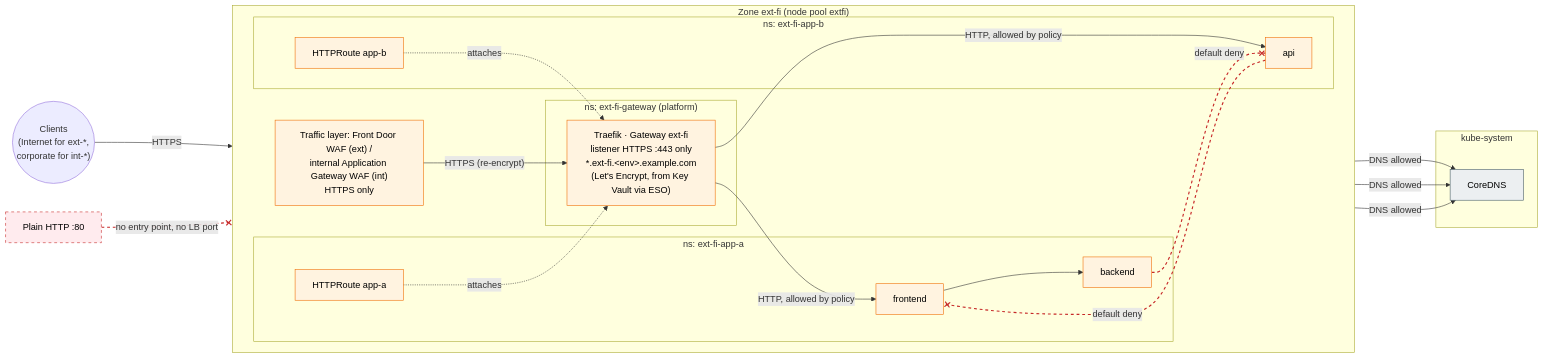
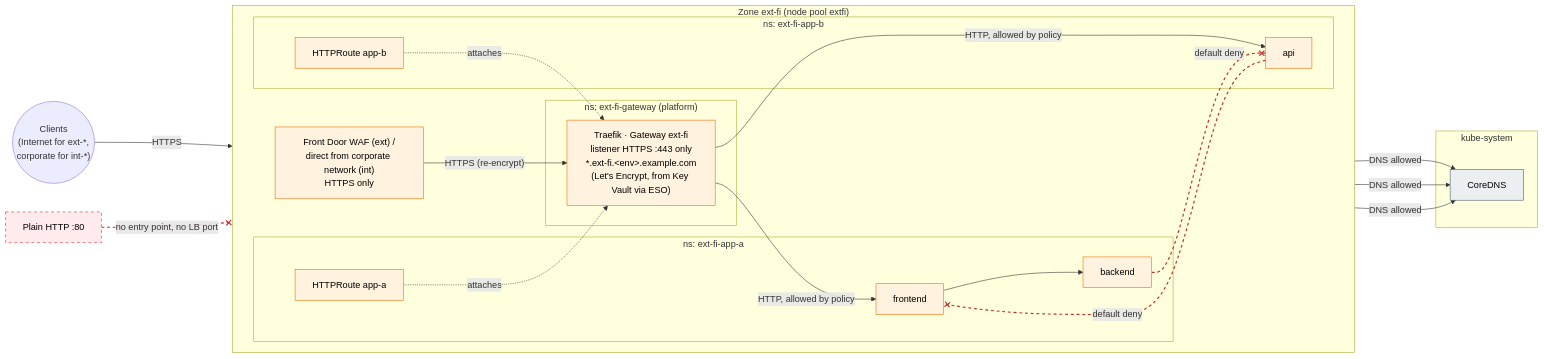
The diagram in diagrams/07-namespace-tenancy.mmd (olljanat-ai/aks-design), drawn with Mermaid before and after one commit. The commit also changed 19 other files, not shown here.

```diff
--- a/diagrams/07-namespace-tenancy.mmd
+++ b/diagrams/07-namespace-tenancy.mmd
@@ -1,44 +1,44 @@
 %% Application multi-tenancy inside one zone of a stateless cluster: namespace per application, default-deny
 %% network policies, Traefik as the zone's Gateway API implementation (HTTPS only).
 flowchart LR
     client(("Clients<br/>(Internet for ext-*,<br/>corporate for int-*)"))
 
     subgraph ZONE["Zone ext-fi (node pool extfi)"]
         direction LR
-        appgw["Traffic layer: Front Door WAF (ext) /<br/>internal Application Gateway WAF (int)<br/>HTTPS only"]
+        appgw["Front Door WAF (ext) /<br/>direct from corporate network (int)<br/>HTTPS only"]
         subgraph ING["ns: ext-fi-gateway (platform)"]
             ic["Traefik · Gateway ext-fi<br/>listener HTTPS :443 only<br/>*.ext-fi.&lt;env&gt;.example.com<br/>(Let's Encrypt, from Key Vault via ESO)"]
         end
         subgraph A["ns: ext-fi-app-a"]
             ra["HTTPRoute app-a"]
             a1["frontend"] --> a2["backend"]
         end
         subgraph B["ns: ext-fi-app-b"]
             rb["HTTPRoute app-b"]
             b1["api"]
         end
     end
 
     subgraph SYS["kube-system"]
         dns["CoreDNS"]
     end
 
     http["Plain HTTP :80"]:::off
 
     client -->|"HTTPS"| appgw -->|"HTTPS (re-encrypt)"| ic
     ic -->|"HTTP, allowed by policy"| a1
     ic -->|"HTTP, allowed by policy"| b1
     a1 & a2 & b1 -->|"DNS allowed"| dns
     a2 -.-x|"default deny"| b1
     b1 -.-x|"default deny"| a1
     http -.-x|"no entry point, no LB port"| ic
     ra -.->|"attaches"| ic
     rb -.->|"attaches"| ic
 
     linkStyle 8,9,10 stroke:#c62828,stroke-width:2px,stroke-dasharray:5 5
 
     classDef ext fill:#fff3e0,stroke:#ef6c00,color:#000
     classDef cp fill:#eceff1,stroke:#455a64,color:#000
     classDef off fill:#ffebee,stroke:#c62828,color:#000,stroke-dasharray: 5 5
     class appgw,ic,a1,a2,b1,ra,rb ext
     class dns cp
```
